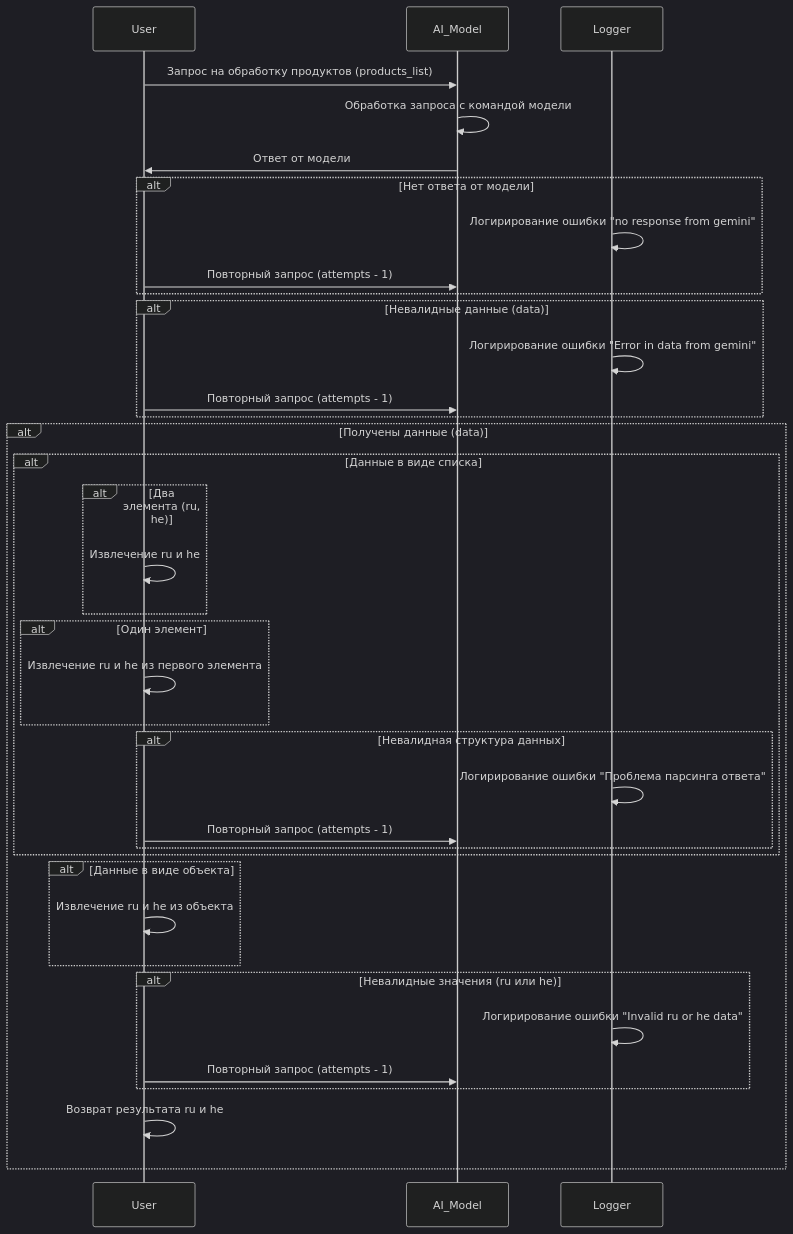
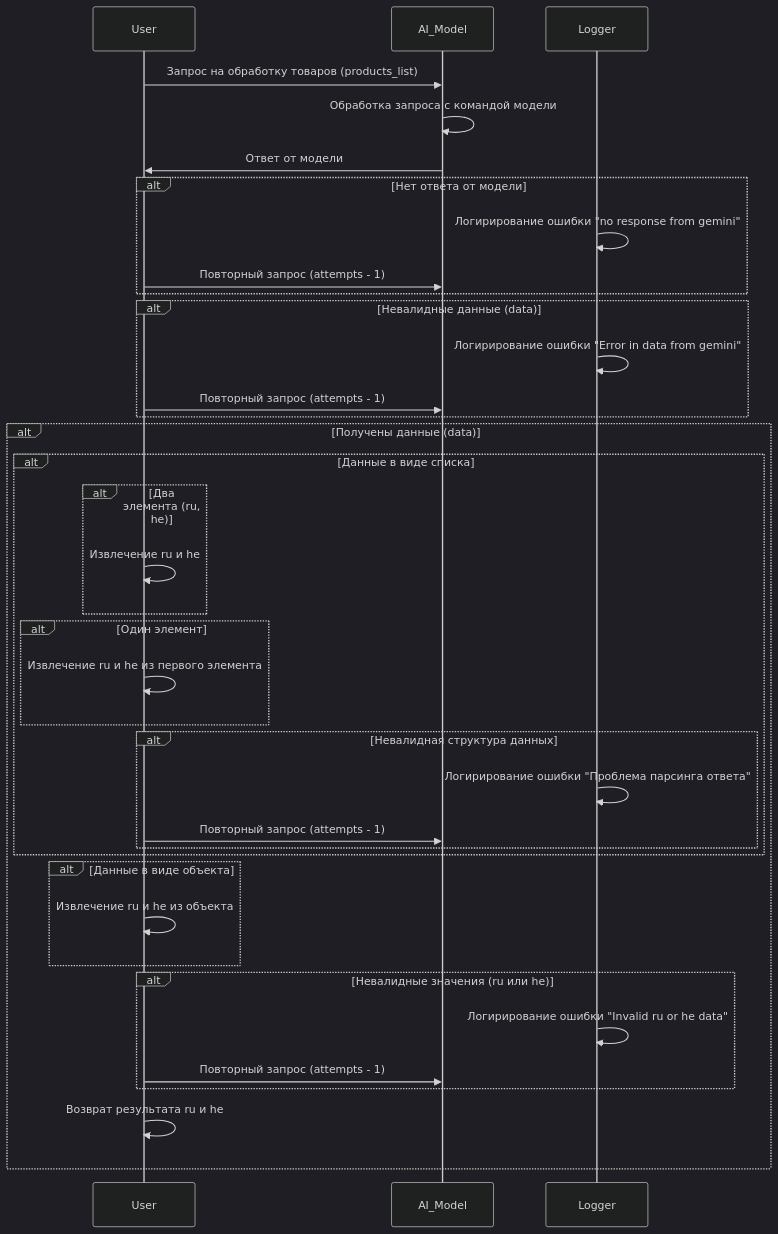
The diagram in src/endpoints/kazarinov/scenarios/assets/flowcharts/scenario_picelist.process_ai.mmd (hypo69/hypotez), drawn with Mermaid (dark theme) before and after one commit. The commit also changed 332 other files, not shown here.

```diff
--- a/src/endpoints/kazarinov/scenarios/assets/flowcharts/scenario_picelist.process_ai.mmd
+++ b/src/endpoints/kazarinov/scenarios/assets/flowcharts/scenario_picelist.process_ai.mmd
@@ -1,44 +1,44 @@
 sequenceDiagram
     participant User
     participant AI_Model
     participant Logger
 
-    User->>AI_Model: Запрос на обработку продуктов (products_list)
+    User->>AI_Model: Запрос на обработку товаров (products_list)
     AI_Model->>AI_Model: Обработка запроса с командой модели
     AI_Model->>User: Ответ от модели
 
     alt Нет ответа от модели
         Logger->>Logger: Логирирование ошибки "no response from gemini"
         User->>AI_Model: Повторный запрос (attempts - 1)
     end
 
     alt Невалидные данные (data)
         Logger->>Logger: Логирирование ошибки "Error in data from gemini"
         User->>AI_Model: Повторный запрос (attempts - 1)
     end
 
     alt Получены данные (data)
         alt Данные в виде списка
             alt Два элемента (ru, he)
                 User->>User: Извлечение ru и he
             end
             alt Один элемент
                 User->>User: Извлечение ru и he из первого элемента
             end
             alt Невалидная структура данных
                 Logger->>Logger: Логирирование ошибки "Проблема парсинга ответа"
                 User->>AI_Model: Повторный запрос (attempts - 1)
             end
         end
 
         alt Данные в виде объекта
             User->>User: Извлечение ru и he из объекта
         end
 
         alt Невалидные значения (ru или he)
             Logger->>Logger: Логирирование ошибки "Invalid ru or he data"
             User->>AI_Model: Повторный запрос (attempts - 1)
         end
 
         User->>User: Возврат результата ru и he
     end
```
